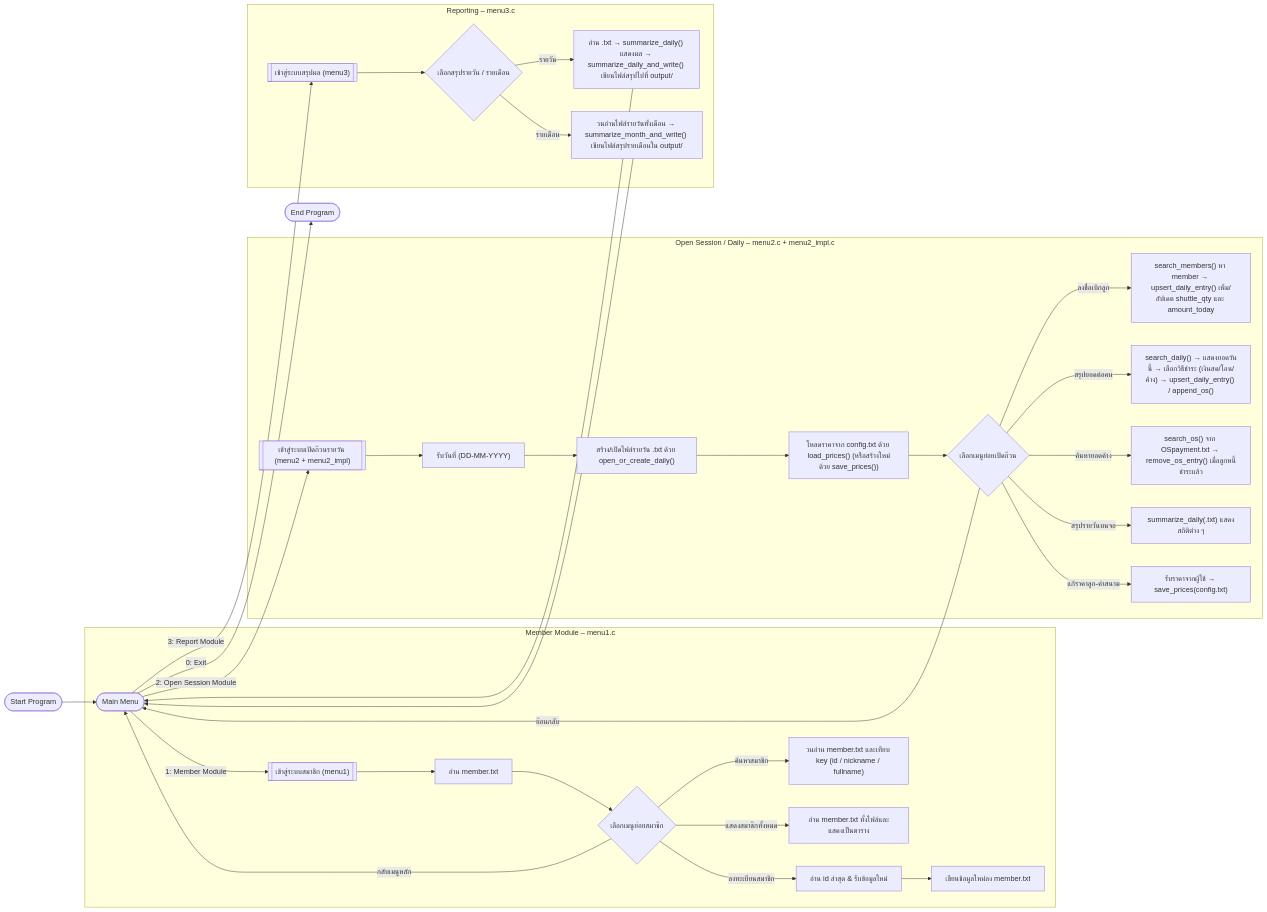
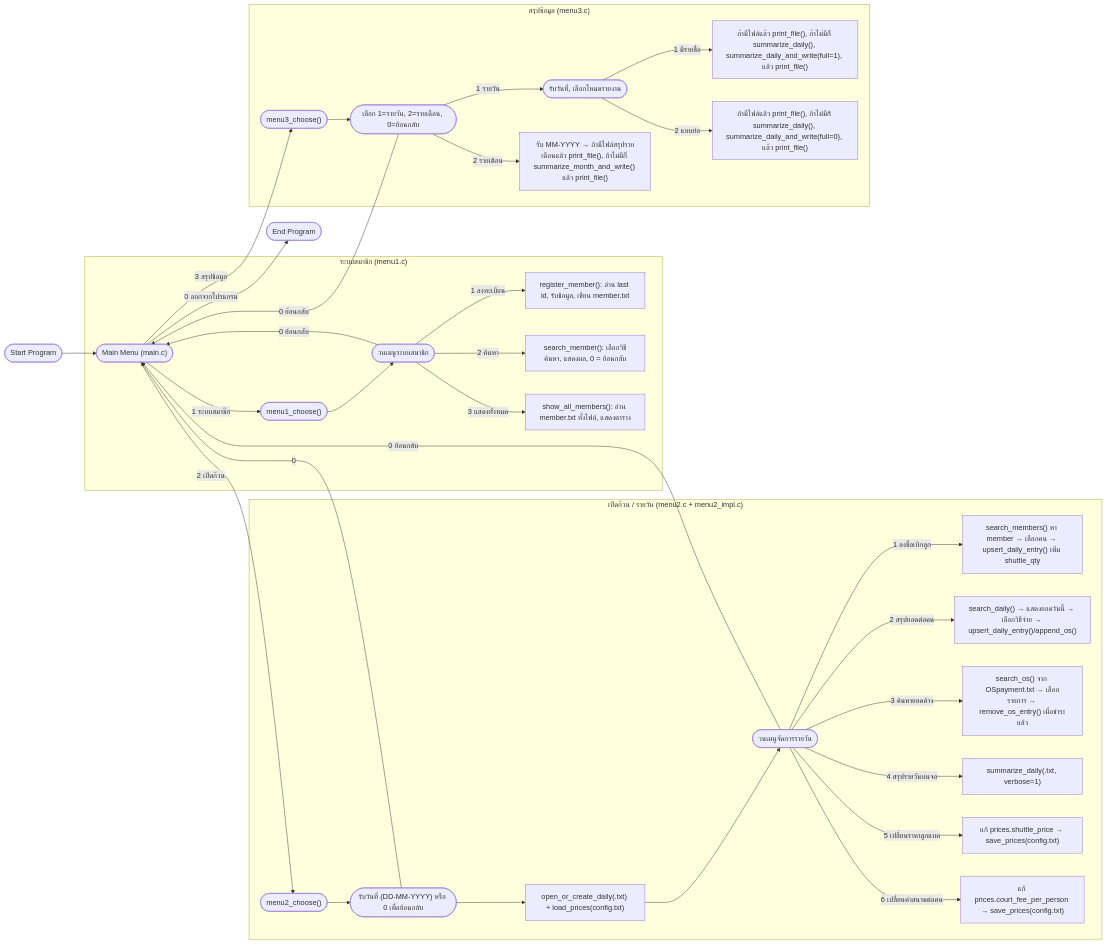
One commit to jaypupu2006/CPE100-FINAL-PROJECT changed the diagram in Badminton_System_Summary.md. Above: the diagram before and after it, drawn with Mermaid. The commit also changed other lines of this file and 1 other file, not shown here.

````diff
--- a/Badminton_System_Summary.md
+++ b/Badminton_System_Summary.md
@@ -321,46 +383,46 @@
 ```mermaid
 flowchart LR
-  A(["Start Program"]) --> B(["Main Menu"])
+  Start(["Start Program"]) --> Main(["Main Menu (main.c)"])
 
-  %% MAIN MENU OPTIONS
-  B -->|"1: Member Module"| S1_START[["เข้าสู่ระบบสมาชิก (menu1)"]]
-  B -->|"2: Open Session Module"| S2_START[["เข้าสู่ระบบเปิดก๊วนรายวัน (menu2 + menu2_impl)"]]
-  B -->|"3: Report Module"| S3_START[["เข้าสู่ระบบสรุปผล (menu3)"]]
-  B -->|"0: Exit"| Z(["End Program"])
+  Main -->|"1 ระบบสมาชิก"| M1(["menu1_choose()"])
+  Main -->|"2 เปิดก๊วน"| M2(["menu2_choose()"])
+  Main -->|"3 สรุปข้อมูล"| M3(["menu3_choose()"])
+  Main -->|"0 ออกจากโปรแกรม"| End(["End Program"])
 
-  %% MEMBER MODULE DETAIL
-  subgraph S1["Member Module – menu1.c"]
-    S1_START --> M1["อ่าน member.txt"]
-    M1 --> M2{"เลือกเมนูย่อยสมาชิก"}
-    M2 -->|"ลงทะเบียนสมาชิก"| M3["อ่าน id ล่าสุด & รับข้อมูลใหม่"]
-    M3 --> M4["เขียนข้อมูลใหม่ลง member.txt"]
-    M2 -->|"ค้นหาสมาชิก"| M5["วนอ่าน member.txt และเทียบ key (id / nickname / fullname)"]
-    M2 -->|"แสดงสมาชิกทั้งหมด"| M6["อ่าน member.txt ทั้งไฟล์และแสดงเป็นตาราง"]
-    M2 -->|"กลับเมนูหลัก"| B
+  %% MEMBER MODULE
+  subgraph S1["ระบบสมาชิก (menu1.c)"]
+    M1 --> S1L(["วนเมนูระบบสมาชิก"])
+    S1L -->|"1 ลงทะเบียน"| S1R["register_member(): อ่าน last id, รับข้อมูล, เขียน member.txt"]
+    S1L -->|"2 ค้นหา"| S1F["search_member(): เลือกวิธีค้นหา, แสดงผล, 0 = ย้อนกลับ"]
+    S1L -->|"3 แสดงทั้งหมด"| S1A["show_all_members(): อ่าน member.txt ทั้งไฟล์, แสดงตาราง"]
+    S1L -->|"0 ย้อนกลับ"| Main
   end
 
-  %% OPEN SESSION MODULE DETAIL
-  subgraph S2["Open Session / Daily – menu2.c + menu2_impl.c"]
-    S2_START --> D1["รับวันที่ (DD-MM-YYYY)"]
-    D1 --> D2["สร้าง/เปิดไฟล์รายวัน <DATE>.txt ด้วย open_or_create_daily()"]
-    D2 --> D3["โหลดราคาจาก config.txt ด้วย load_prices() (หรือสร้างใหม่ด้วย save_prices())"]
-    D3 --> D4{"เลือกเมนูย่อยเปิดก๊วน"}
+  %% DAILY MODULE
+  subgraph S2["เปิดก๊วน / รายวัน (menu2.c + menu2_impl.c)"]
+    M2 --> D0(["รับวันที่ (DD-MM-YYYY) หรือ 0 เพื่อย้อนกลับ"])
+    D0 -->|"0"| Main
+    D0 --> D1["open_or_create_daily(<DATE>.txt) + load_prices(config.txt)"]
+    D1 --> DMenu(["วนเมนูจัดการรายวัน"])
 
-    %% Sub-menu actions
-    D4 -->|"ลงชื่อเบิกลูก"| D5["search_members() หา member → upsert_daily_entry() เพิ่ม/อัปเดต shuttle_qty และ amount_today"]
-    D4 -->|"สรุปยอดต่อคน"| D6["search_daily() → แสดงยอดวันนี้ → เลือกวิธีชำระ (เงินสด/โอน/ค้าง) → upsert_daily_entry() / append_os()"]
-    D4 -->|"ค้นหายอดค้าง"| D7["search_os() จาก OSpayment.txt → remove_os_entry() เมื่อลูกหนี้ชำระแล้ว"]
-    D4 -->|"สรุปรายวันบนจอ"| D8["summarize_daily(<DATE>.txt) แสดงสถิติต่าง ๆ"]
-    D4 -->|"แก้ราคาลูก-ค่าสนาม"| D9["รับราคาจากผู้ใช้ → save_prices(config.txt)"]
-    D4 -->|"ย้อนกลับ"| B
+    DMenu -->|"1 ลงชื่อเบิกลูก"| D11["search_members() หา member → เลือกคน → upsert_daily_entry() เพิ่ม shuttle_qty"]
+    DMenu -->|"2 สรุปยอดต่อคน"| D12["search_daily() → แสดงยอดวันนี้ → เลือกวิธีจ่าย → upsert_daily_entry()/append_os()"]
+    DMenu -->|"3 ค้นหายอดค้าง"| D13["search_os() จาก OSpayment.txt → เลือกรายการ → remove_os_entry() เมื่อชำระแล้ว"]
+    DMenu -->|"4 สรุปรายวันบนจอ"| D14["summarize_daily(<DATE>.txt, verbose=1)"]
+    DMenu -->|"5 เปลี่ยนราคาลูกแบด"| D15["แก้ prices.shuttle_price → save_prices(config.txt)"]
+    DMenu -->|"6 เปลี่ยนค่าสนามต่อคน"| D16["แก้ prices.court_fee_per_person → save_prices(config.txt)"]
+    DMenu -->|"0 ย้อนกลับ"| Main
   end
 
-  %% REPORT MODULE DETAIL
-  subgraph S3["Reporting – menu3.c"]
-    S3_START --> R1{"เลือกสรุปรายวัน / รายเดือน"}
-    R1 -->|"รายวัน"| R2["อ่าน <DATE>.txt → summarize_daily() แสดงผล → summarize_daily_and_write() เขียนไฟล์สรุปไปที่ output/"]
-    R1 -->|"รายเดือน"| R3["วนอ่านไฟล์รายวันทั้งเดือน → summarize_month_and_write() เขียนไฟล์สรุปรายเดือนใน output/"]
-    R2 --> B
-    R3 --> B
+  %% REPORT MODULE
+  subgraph S3["สรุปข้อมูล (menu3.c)"]
+    M3 --> RMenu(["เลือก 1=รายวัน, 2=รายเดือน, 0=ย้อนกลับ"])
+
+    RMenu -->|"1 รายวัน"| R1(["รับวันที่, เลือกโหมดรายงาน"])
+    R1 -->|"1 มีรายชื่อ"| R11["ถ้ามีไฟล์แล้ว print_file(), ถ้าไม่มีก็ summarize_daily(), summarize_daily_and_write(full=1), แล้ว print_file()"]
+    R1 -->|"2 แบบย่อ"| R12["ถ้ามีไฟล์แล้ว print_file(), ถ้าไม่มีก็ summarize_daily(), summarize_daily_and_write(full=0), แล้ว print_file()"]
+
+    RMenu -->|"2 รายเดือน"| R2["รับ MM-YYYY → ถ้ามีไฟล์สรุปรายเดือนแล้ว print_file(), ถ้าไม่มีก็ summarize_month_and_write() แล้ว print_file()"]
+    RMenu -->|"0 ย้อนกลับ"| Main
   end
 ```
````
